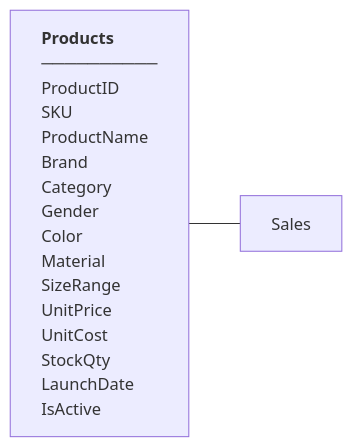
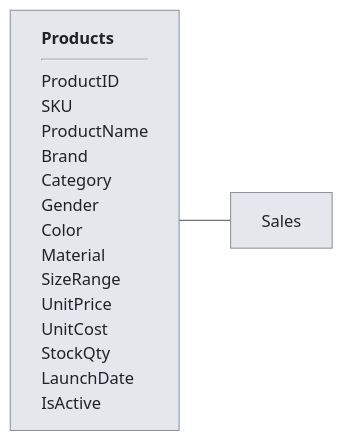
Before and after one commit to sirpadk/bi-joe-data-profiler: the diagram in examples/shoe_company/data-stories/products.md, drawn with Mermaid. The commit also changed other lines of this file and 112 other files, not shown here.

````diff
--- a/examples/shoe_company/data-stories/products.md
+++ b/examples/shoe_company/data-stories/products.md
@@ -57,6 +59,7 @@
 ```mermaid
+%%{init: {"theme": "base", "themeVariables": {"primaryColor": "#e4e7eb", "primaryTextColor": "#1f2328", "primaryBorderColor": "#8b929a", "lineColor": "#6b7280", "secondaryColor": "#ffffff", "tertiaryColor": "#f4f5f7", "background": "#f4f5f7", "mainBkg": "#e4e7eb", "nodeBorder": "#8b929a"}}}%%
 flowchart LR
-    t_Products["<div style='text-align:left'><b>Products</b><br/>──────────<br/>ProductID<br/>SKU<br/>ProductName<br/>Brand<br/>Category<br/>Gender<br/>Color<br/>Material<br/>SizeRange<br/>UnitPrice<br/>UnitCost<br/>StockQty<br/>LaunchDate<br/>IsActive</div>"]
+    t_Products["<div style='text-align:left'><b>Products</b><hr/>ProductID<br/>SKU<br/>ProductName<br/>Brand<br/>Category<br/>Gender<br/>Color<br/>Material<br/>SizeRange<br/>UnitPrice<br/>UnitCost<br/>StockQty<br/>LaunchDate<br/>IsActive</div>"]
     t_Sales["Sales"]
     t_Products --- t_Sales
 ```
````
